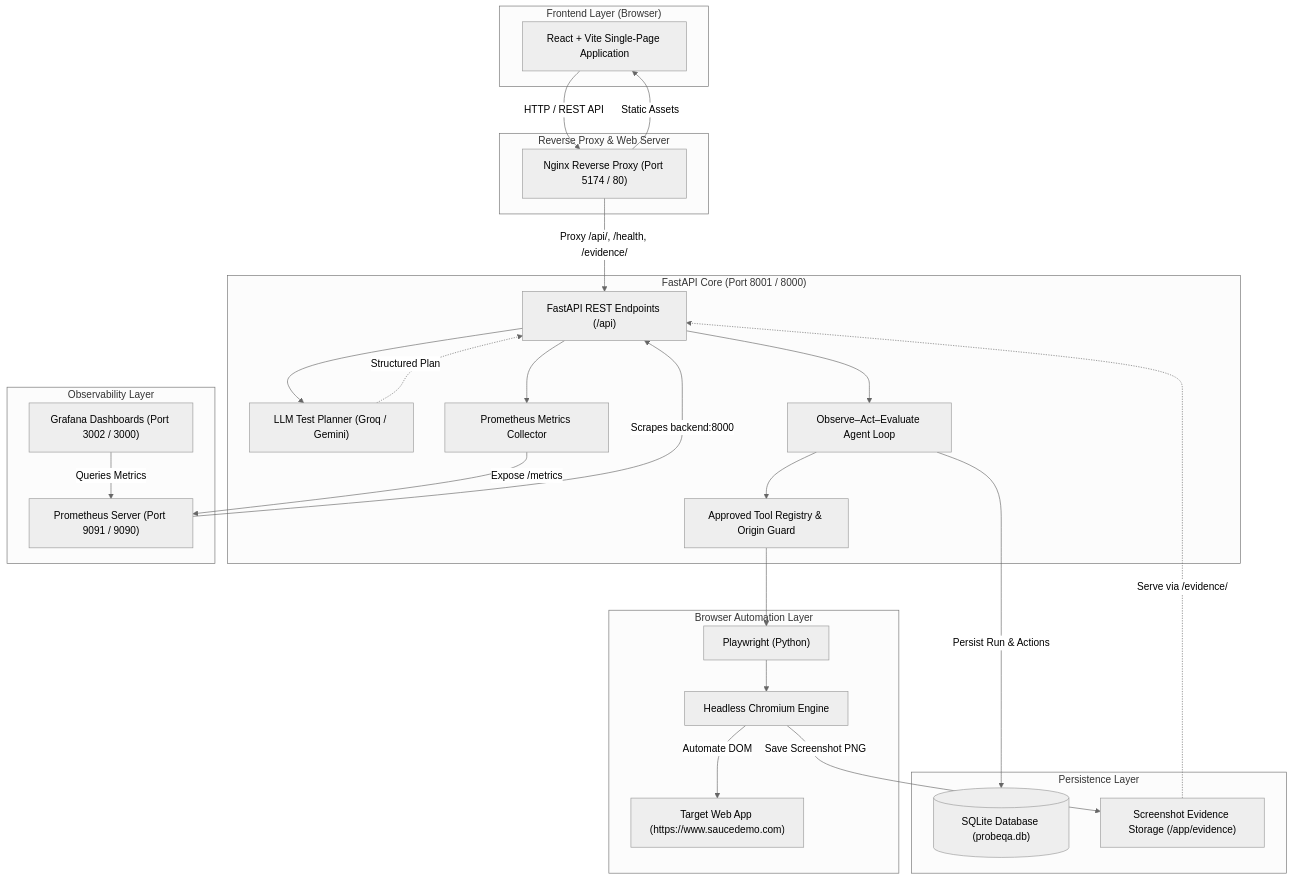
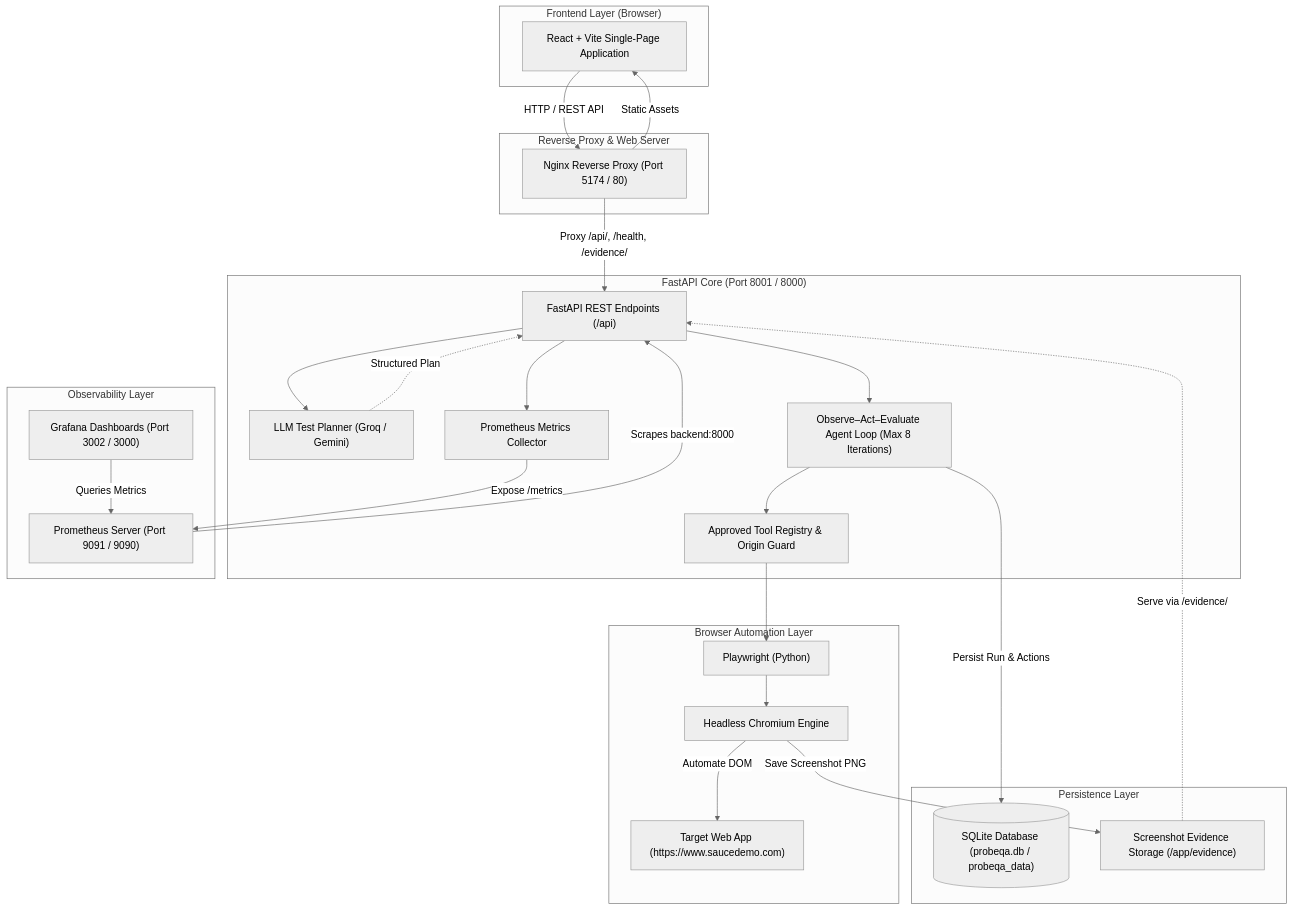
Before and after one commit to HarshShahdeo1/ProbeQA: the diagram in README.md, drawn with Mermaid (neutral theme). The commit also changed other lines of this file and 4 other files, not shown here.

````diff
--- a/README.md
+++ b/README.md
@@ -32,56 +32,56 @@
 ```mermaid
 flowchart TD
     subgraph Client ["Frontend Layer (Browser)"]
         UI["React + Vite Single-Page Application"]
     end
 
     subgraph Gateway ["Reverse Proxy & Web Server"]
         Nginx["Nginx Reverse Proxy (Port 5174 / 80)"]
     end
 
     subgraph Backend ["FastAPI Core (Port 8001 / 8000)"]
         API["FastAPI REST Endpoints (/api)"]
         Planner["LLM Test Planner (Groq / Gemini)"]
-        AgentLoop["Observe–Act–Evaluate Agent Loop"]
+        AgentLoop["Observe–Act–Evaluate Agent Loop (Max 8 Iterations)"]
         ToolRegistry["Approved Tool Registry & Origin Guard"]
         MetricsMiddleware["Prometheus Metrics Collector"]
     end
 
     subgraph Automation ["Browser Automation Layer"]
         Playwright["Playwright (Python)"]
         Chromium["Headless Chromium Engine"]
         TargetWeb["Target Web App (https://www.saucedemo.com)"]
     end
 
     subgraph Storage ["Persistence Layer"]
-        DB[("SQLite Database (probeqa.db)")]
+        DB[("SQLite Database (probeqa.db / probeqa_data)")]
         EvidenceStore["Screenshot Evidence Storage (/app/evidence)"]
     end
 
     subgraph Telemetry ["Observability Layer"]
         Prometheus["Prometheus Server (Port 9091 / 9090)"]
         Grafana["Grafana Dashboards (Port 3002 / 3000)"]
     end
 
     UI -->|"HTTP / REST API"| Nginx
     Nginx -->|"Static Assets"| UI
     Nginx -->|"Proxy /api/, /health, /evidence/"| API
 
     API --> MetricsMiddleware
     API --> Planner
     API --> AgentLoop
     
     Planner -.->|"Structured Plan"| API
     AgentLoop --> ToolRegistry
     ToolRegistry --> Playwright
     Playwright --> Chromium
     Chromium -->|"Automate DOM"| TargetWeb
 
     AgentLoop -->|"Persist Run & Actions"| DB
     Chromium -->|"Save Screenshot PNG"| EvidenceStore
     EvidenceStore -.->|"Serve via /evidence/"| API
 
     MetricsMiddleware -->|"Expose /metrics"| Prometheus
     Prometheus -->|"Scrapes backend:8000"| API
     Grafana -->|"Queries Metrics"| Prometheus
 ```
````
